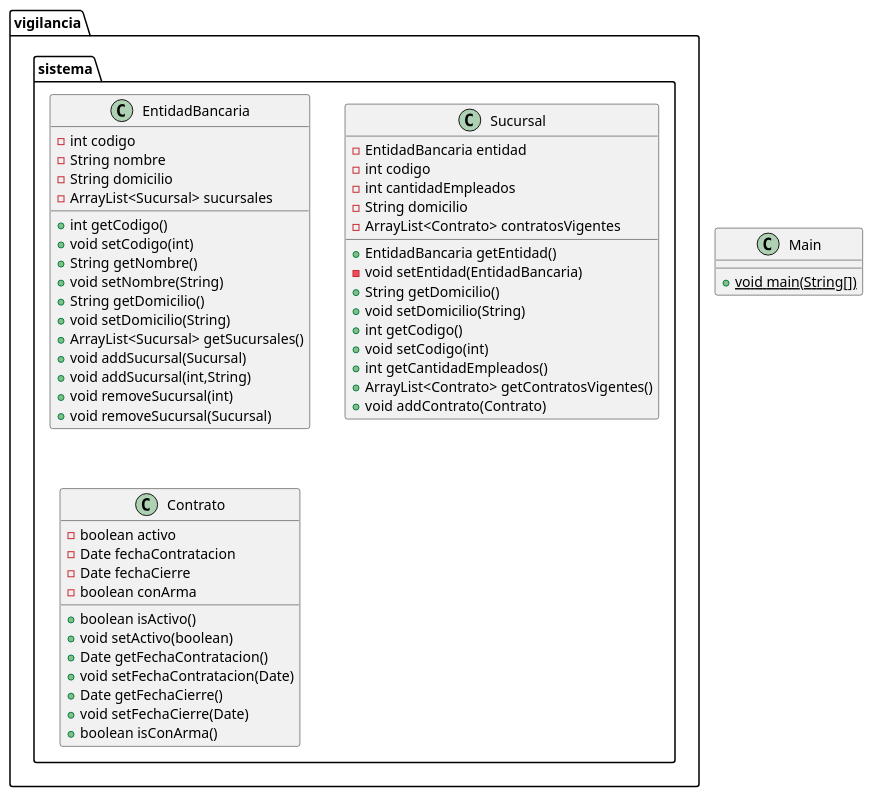
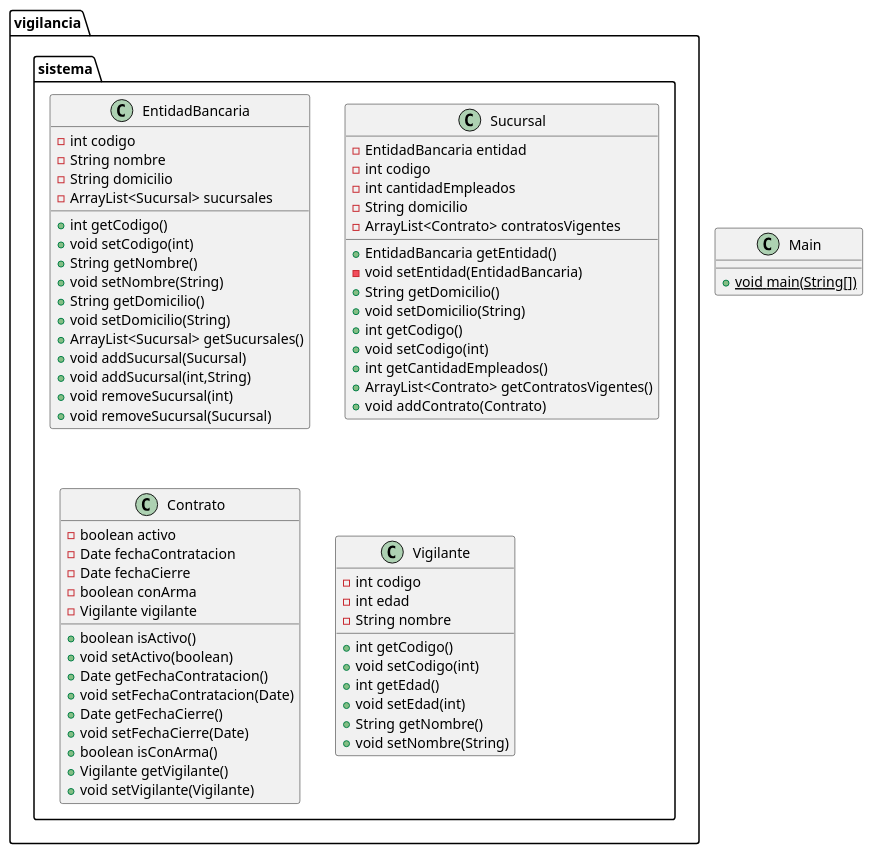
Before and after one commit to davinci-as/SistemaSucursales: the diagram in class_diagram.puml, drawn with PlantUML. The commit also changed 1 other file, not shown here.

Commit message:
docs: agregar Vigilante al diagrama de clases

```diff
--- a/class_diagram.puml
+++ b/class_diagram.puml
@@ -1,58 +1,74 @@
 @startuml
 class vigilancia.sistema.EntidadBancaria {
 - int codigo
 - String nombre
 - String domicilio
 - ArrayList<Sucursal> sucursales
 + int getCodigo()
 + void setCodigo(int)
 + String getNombre()
 + void setNombre(String)
 + String getDomicilio()
 + void setDomicilio(String)
 + ArrayList<Sucursal> getSucursales()
 + void addSucursal(Sucursal)
 + void addSucursal(int,String)
 + void removeSucursal(int)
 + void removeSucursal(Sucursal)
 }
 
 
 class vigilancia.sistema.Sucursal {
 - EntidadBancaria entidad
 - int codigo
 - int cantidadEmpleados
 - String domicilio
 - ArrayList<Contrato> contratosVigentes
 + EntidadBancaria getEntidad()
 - void setEntidad(EntidadBancaria)
 + String getDomicilio()
 + void setDomicilio(String)
 + int getCodigo()
 + void setCodigo(int)
 + int getCantidadEmpleados()
 + ArrayList<Contrato> getContratosVigentes()
 + void addContrato(Contrato)
 }
 
 
 class vigilancia.sistema.Contrato {
 - boolean activo
 - Date fechaContratacion
 - Date fechaCierre
 - boolean conArma
+- Vigilante vigilante
 + boolean isActivo()
 + void setActivo(boolean)
 + Date getFechaContratacion()
 + void setFechaContratacion(Date)
 + Date getFechaCierre()
 + void setFechaCierre(Date)
 + boolean isConArma()
++ Vigilante getVigilante()
++ void setVigilante(Vigilante)
+}
+
+
+class vigilancia.sistema.Vigilante {
+- int codigo
+- int edad
+- String nombre
++ int getCodigo()
++ void setCodigo(int)
++ int getEdad()
++ void setEdad(int)
++ String getNombre()
++ void setNombre(String)
 }
 
 
 class Main {
 + {static} void main(String[])
 }
 
 @enduml
```
